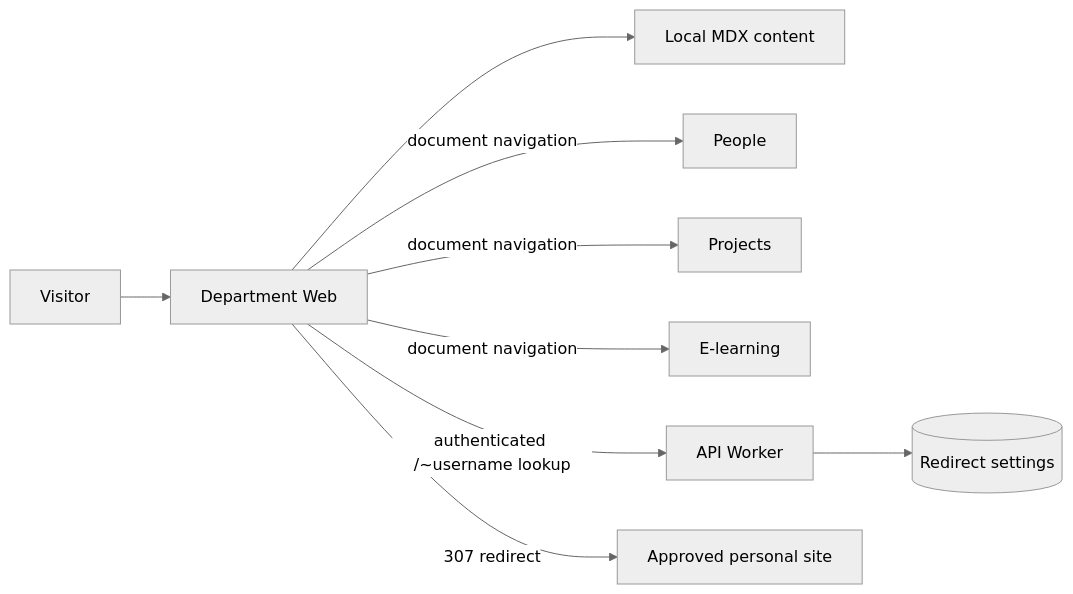
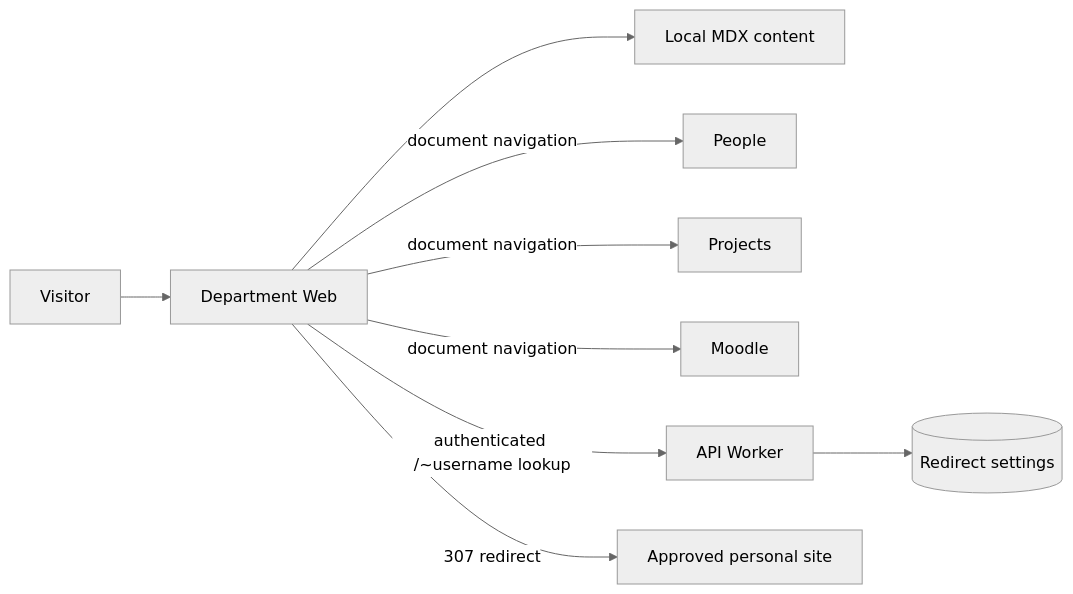
One commit to shamilaw-sci/CSC3213_20_Group_B changed the diagram in docs/APPLICATIONS/WEB/INDEX.md. Above: the diagram before and after it, drawn with Mermaid (neutral theme). The commit also changed 17 other files, not shown here.

Commit message:
refactor(web): name Moodle consistently in navigation and config

````diff
--- a/docs/APPLICATIONS/WEB/INDEX.md
+++ b/docs/APPLICATIONS/WEB/INDEX.md
@@ -12,11 +12,11 @@
 ```mermaid
 flowchart LR
   Visitor[Visitor] --> Web[Department Web]
   Web --> MDX[Local MDX content]
   Web -->|document navigation| People[People]
   Web -->|document navigation| Projects[Projects]
-  Web -->|document navigation| LMS[E-learning]
+  Web -->|document navigation| Moodle[Moodle]
   Web -->|authenticated /~username lookup| API[API Worker]
   API --> D1[(Redirect settings)]
   Web -->|307 redirect| Personal[Approved personal site]
 ```
````
